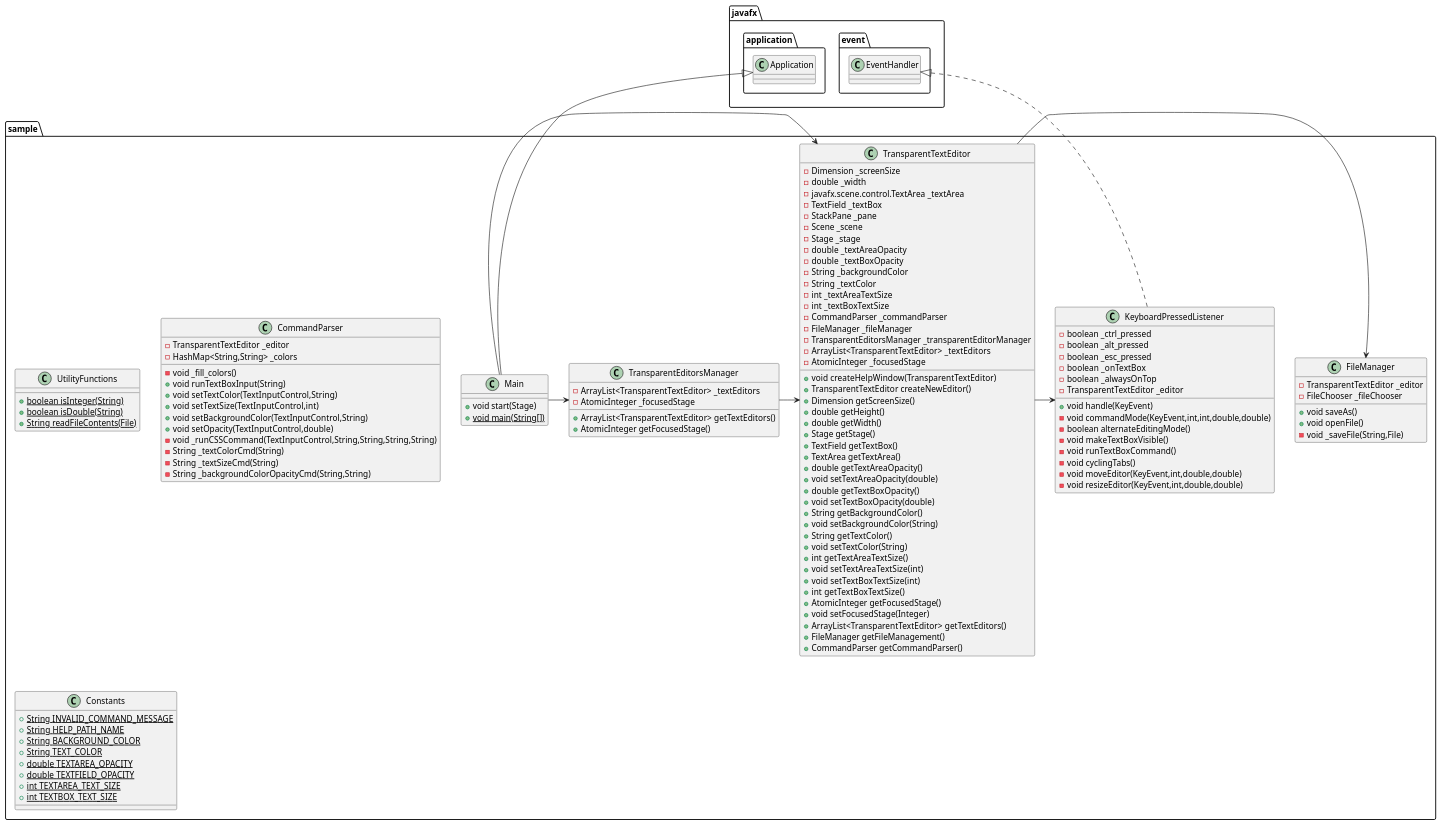
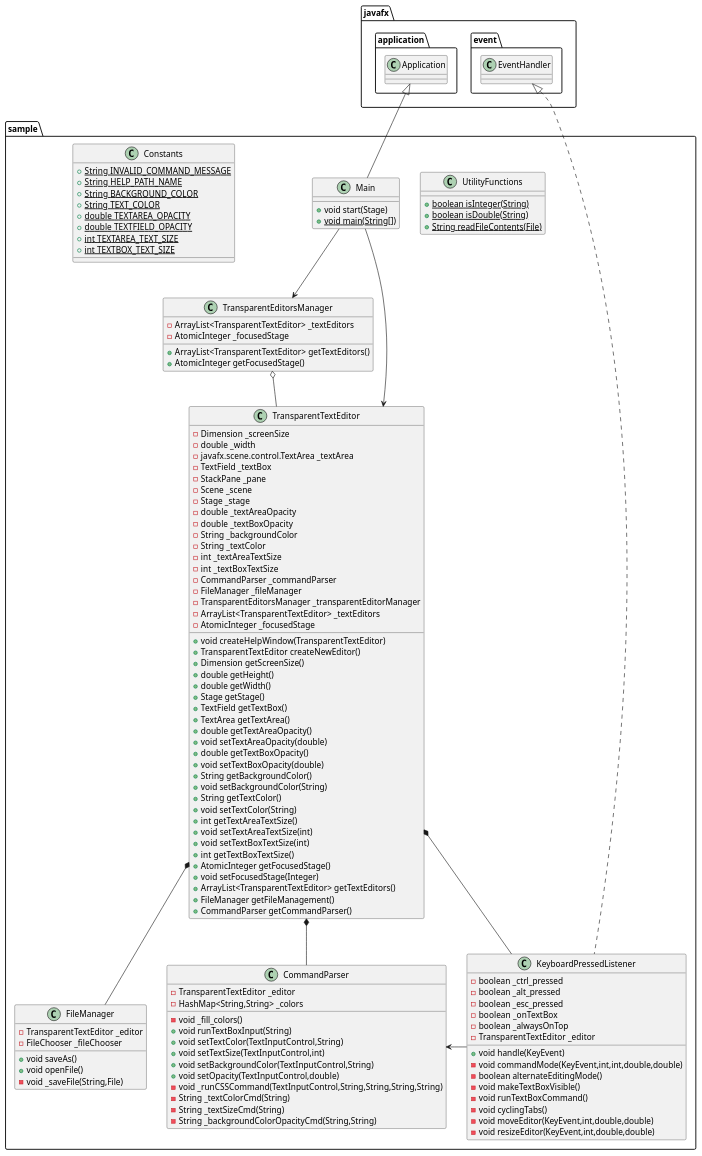
The diagram in AutoOldDesign.puml (abadhikari/TransparentTextEditor), drawn with PlantUML before and after one commit. The commit also changed 17 other files, not shown here.

First line of the commit message:
Add EditorManager Interface, .gitignore, and NewDesign.puml

```diff
--- a/AutoOldDesign.puml
+++ b/AutoOldDesign.puml
@@ -1,128 +1,130 @@
 @startuml
 class sample.FileManager {
 - TransparentTextEditor _editor
 - FileChooser _fileChooser
 + void saveAs()
 + void openFile()
 - void _saveFile(String,File)
 }
 
 class sample.UtilityFunctions {
 + {static} boolean isInteger(String)
 + {static} boolean isDouble(String)
 + {static} String readFileContents(File)
 }
 
 class sample.TransparentTextEditor {
 - Dimension _screenSize
 - double _width
 - javafx.scene.control.TextArea _textArea
 - TextField _textBox
 - StackPane _pane
 - Scene _scene
 - Stage _stage
 - double _textAreaOpacity
 - double _textBoxOpacity
 - String _backgroundColor
 - String _textColor
 - int _textAreaTextSize
 - int _textBoxTextSize
 - CommandParser _commandParser
 - FileManager _fileManager
 - TransparentEditorsManager _transparentEditorManager
 - ArrayList<TransparentTextEditor> _textEditors
 - AtomicInteger _focusedStage
 + void createHelpWindow(TransparentTextEditor)
 + TransparentTextEditor createNewEditor()
 + Dimension getScreenSize()
 + double getHeight()
 + double getWidth()
 + Stage getStage()
 + TextField getTextBox()
 + TextArea getTextArea()
 + double getTextAreaOpacity()
 + void setTextAreaOpacity(double)
 + double getTextBoxOpacity()
 + void setTextBoxOpacity(double)
 + String getBackgroundColor()
 + void setBackgroundColor(String)
 + String getTextColor()
 + void setTextColor(String)
 + int getTextAreaTextSize()
 + void setTextAreaTextSize(int)
 + void setTextBoxTextSize(int)
 + int getTextBoxTextSize()
 + AtomicInteger getFocusedStage()
 + void setFocusedStage(Integer)
 + ArrayList<TransparentTextEditor> getTextEditors()
 + FileManager getFileManagement()
 + CommandParser getCommandParser()
 }
 
 class sample.TransparentEditorsManager {
 - ArrayList<TransparentTextEditor> _textEditors
 - AtomicInteger _focusedStage
 + ArrayList<TransparentTextEditor> getTextEditors()
 + AtomicInteger getFocusedStage()
 }
 
 class sample.Main {
 + void start(Stage)
 + {static} void main(String[])
 }
 
 class sample.CommandParser {
 - TransparentTextEditor _editor
 - HashMap<String,String> _colors
 - void _fill_colors()
 + void runTextBoxInput(String)
 + void setTextColor(TextInputControl,String)
 + void setTextSize(TextInputControl,int)
 + void setBackgroundColor(TextInputControl,String)
 + void setOpacity(TextInputControl,double)
 - void _runCSSCommand(TextInputControl,String,String,String,String)
 - String _textColorCmd(String)
 - String _textSizeCmd(String)
 - String _backgroundColorOpacityCmd(String,String)
 }
 
 class sample.KeyboardPressedListener {
 - boolean _ctrl_pressed
 - boolean _alt_pressed
 - boolean _esc_pressed
 - boolean _onTextBox
 - boolean _alwaysOnTop
 - TransparentTextEditor _editor
 + void handle(KeyEvent)
 - void commandMode(KeyEvent,int,int,double,double)
 - boolean alternateEditingMode()
 - void makeTextBoxVisible()
 - void runTextBoxCommand()
 - void cyclingTabs()
 - void moveEditor(KeyEvent,int,double,double)
 - void resizeEditor(KeyEvent,int,double,double)
 }
 
 class sample.Constants {
 + {static} String INVALID_COMMAND_MESSAGE
 + {static} String HELP_PATH_NAME
 + {static} String BACKGROUND_COLOR
 + {static} String TEXT_COLOR
 + {static} double TEXTAREA_OPACITY
 + {static} double TEXTFIELD_OPACITY
 + {static} int TEXTAREA_TEXT_SIZE
 + {static} int TEXTBOX_TEXT_SIZE
 }
 
 
 javafx.application.Application <|-- sample.Main
 javafx.event.EventHandler <|.. sample.KeyboardPressedListener
 
-sample.Main -> sample.TransparentTextEditor
-sample.TransparentEditorsManager -> sample.TransparentTextEditor
-sample.TransparentTextEditor -> sample.FileManager
-sample.TransparentTextEditor -> sample.KeyboardPressedListener
-sample.Main -> sample.TransparentEditorsManager
+sample.Main --> sample.TransparentTextEditor
+sample.Main --> sample.TransparentEditorsManager
+sample.TransparentEditorsManager o-- sample.TransparentTextEditor
+sample.TransparentTextEditor *-- sample.FileManager
+sample.TransparentTextEditor *-- sample.KeyboardPressedListener
+sample.TransparentTextEditor *-- sample.CommandParser
+sample.KeyboardPressedListener -> sample.CommandParser
 
 
 @enduml
```
